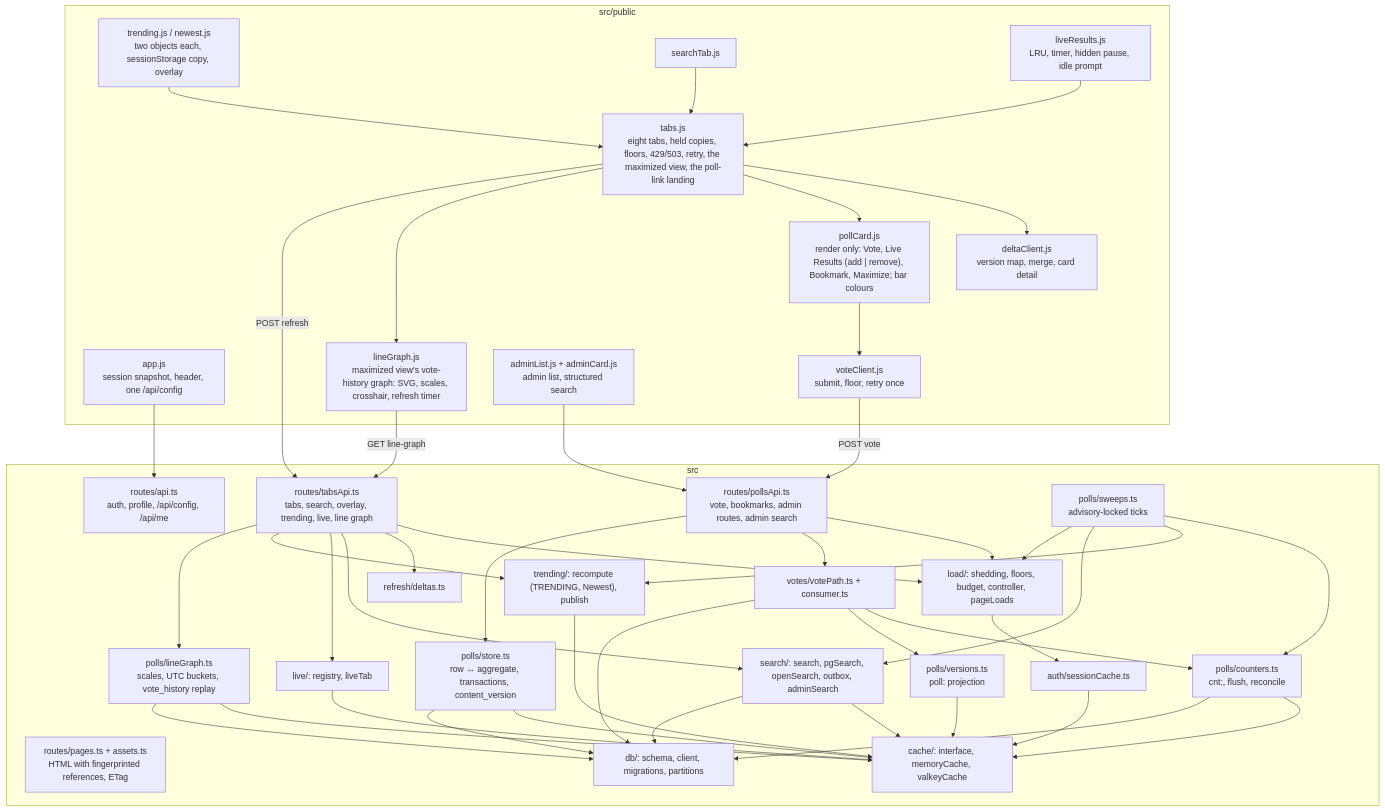
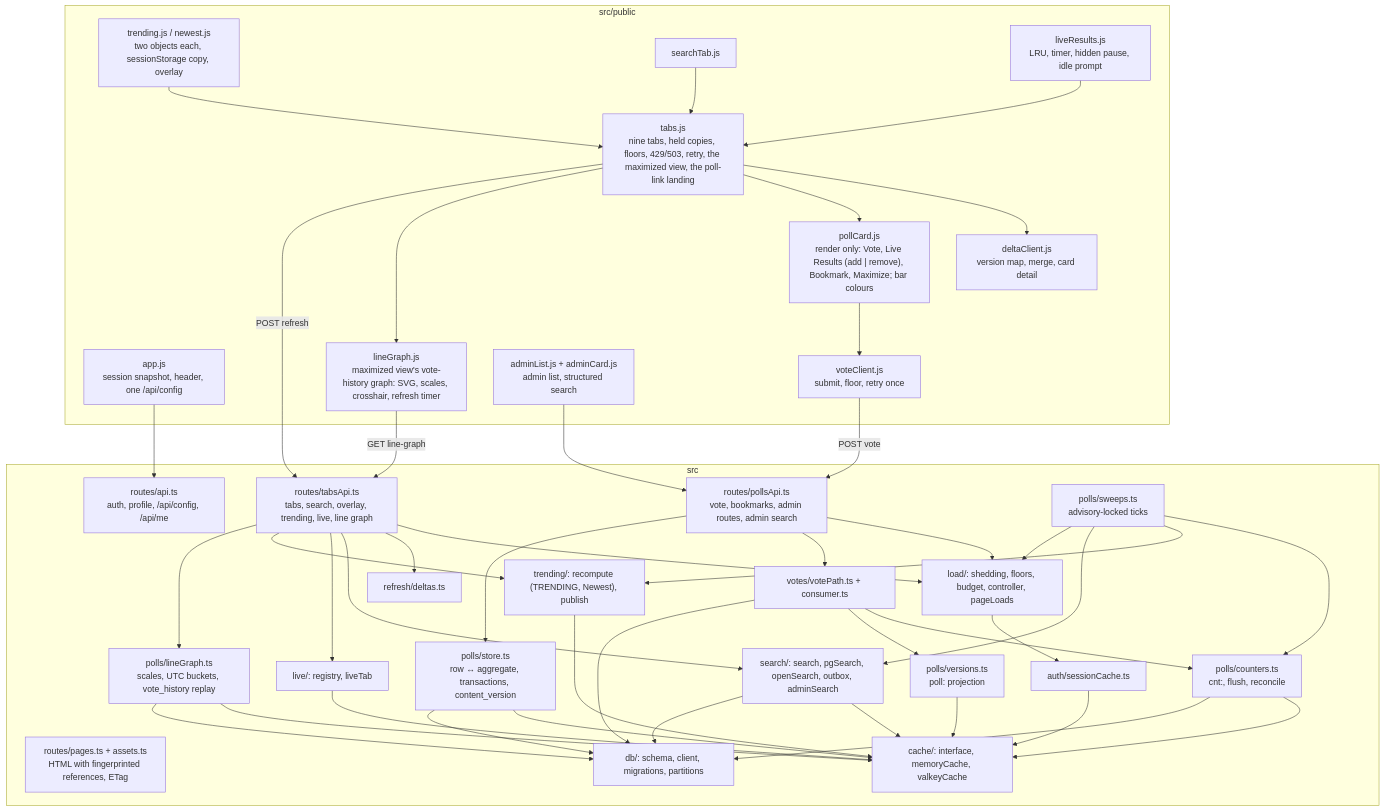
The third of 16 diagrams in ARCHITECTURE.md (roadraceresults/crowdpoll), drawn with Mermaid before and after one commit. The commit also changed other lines of this file and 54 other files, not shown here.

````diff
--- a/ARCHITECTURE.md
+++ b/ARCHITECTURE.md
@@ -74,52 +74,52 @@
 ```mermaid
 flowchart TB
   subgraph Client["src/public"]
     App["app.js<br/>session snapshot, header, one /api/config"]
-    Tabs["tabs.js<br/>eight tabs, held copies, floors, 429/503, retry, the maximized view, the poll-link landing"]
+    Tabs["tabs.js<br/>nine tabs, held copies, floors, 429/503, retry, the maximized view, the poll-link landing"]
     Trending["trending.js / newest.js<br/>two objects each, sessionStorage copy, overlay"]
     SearchTab["searchTab.js"]
     Live["liveResults.js<br/>LRU, timer, hidden pause, idle prompt"]
     Delta["deltaClient.js<br/>version map, merge, card detail"]
     Vote["voteClient.js<br/>submit, floor, retry once"]
     Card["pollCard.js<br/>render only: Vote, Live Results (add | remove), Bookmark, Maximize; bar colours"]
     Graph["lineGraph.js<br/>maximized view's vote-history graph: SVG, scales, crosshair, refresh timer"]
     Admin["adminList.js + adminCard.js<br/>admin list, structured search"]
   end
 
   subgraph Server["src"]
     Pipeline["load/: shedding, floors, budget, controller, pageLoads"]
     TabsApi["routes/tabsApi.ts<br/>tabs, search, overlay, trending, live, line graph"]
     LineGraph["polls/lineGraph.ts<br/>scales, UTC buckets, vote_history replay"]
     PollsApi["routes/pollsApi.ts<br/>vote, bookmarks, admin routes, admin search"]
     Api["routes/api.ts<br/>auth, profile, /api/config, /api/me"]
     Pages["routes/pages.ts + assets.ts<br/>HTML with fingerprinted references, ETag"]
     Sessions["auth/sessionCache.ts"]
     Store["polls/store.ts<br/>row ↔ aggregate, transactions, content_version"]
     Counters["polls/counters.ts<br/>cnt:<pid>, flush, reconcile"]
     Versions["polls/versions.ts<br/>poll:<pid> projection"]
     Deltas["refresh/deltas.ts"]
     VotePath["votes/votePath.ts + consumer.ts"]
     Search["search/: search, pgSearch, openSearch, outbox, adminSearch"]
     TrendingS["trending/: recompute (TRENDING, Newest), publish"]
     LiveS["live/: registry, liveTab"]
     Sweeps["polls/sweeps.ts<br/>advisory-locked ticks"]
     Cache["cache/: interface, memoryCache, valkeyCache"]
     Db["db/: schema, client, migrations, partitions"]
   end
 
   Tabs --> Delta & Card & Graph
   Graph -- "GET line-graph" --> TabsApi
   Trending & SearchTab & Live --> Tabs
   Card --> Vote
   Tabs -- "POST refresh" --> TabsApi
   Vote -- "POST vote" --> PollsApi
   Admin --> PollsApi
   App --> Api
   TabsApi & PollsApi --> Pipeline --> Sessions
   TabsApi --> Deltas & Search & LiveS & TrendingS & LineGraph
   PollsApi --> VotePath & Store
   VotePath --> Counters & Versions
   Sweeps --> Counters & TrendingS & Search & Pipeline
   Store & Counters & Versions & Search & LiveS & TrendingS & Sessions & LineGraph --> Cache
   Store & Counters & Search & VotePath & LineGraph --> Db
 ```
````
